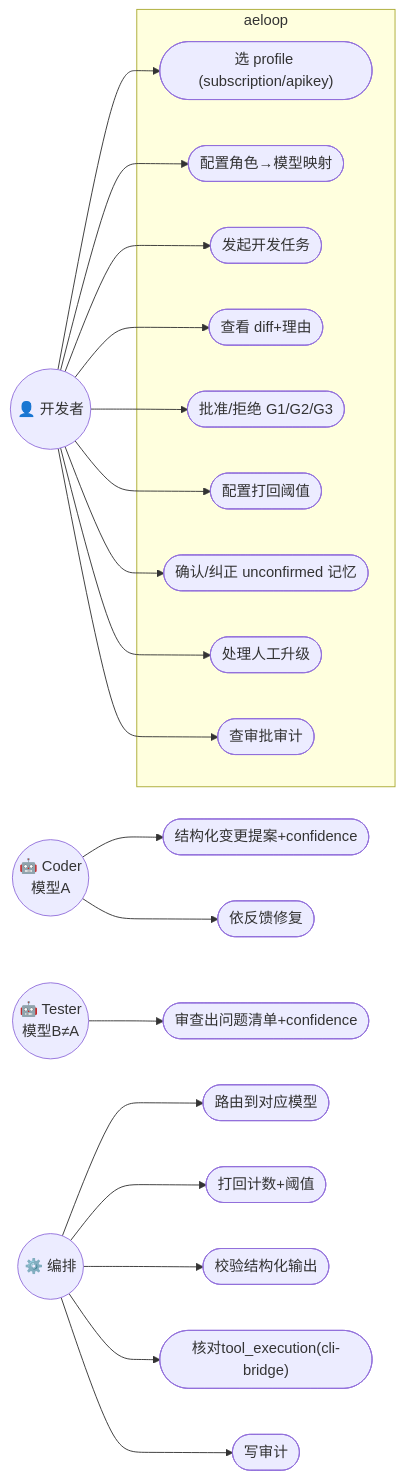
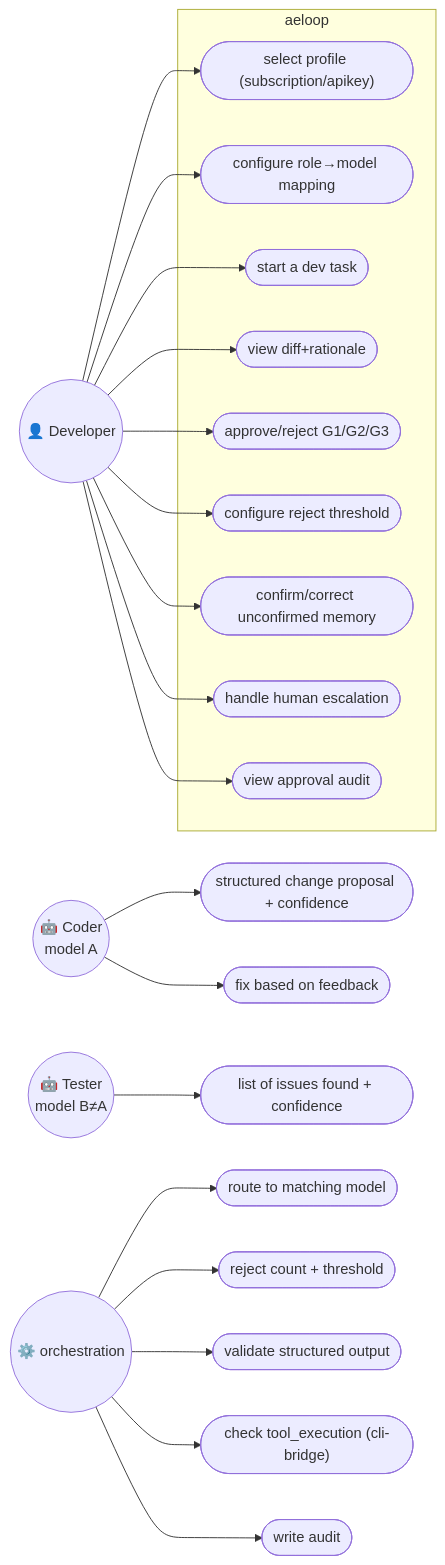
Before and after one commit to elishawong/aeloop: the third of 6 diagrams in docs/DESIGN.md, drawn with Mermaid. The commit also changed other lines of this file and 84 other files, not shown here.

````diff
--- a/docs/DESIGN.md
+++ b/docs/DESIGN.md
@@ -145,21 +145,21 @@
 ```mermaid
 flowchart LR
-    Dev(("👤 开发者"))
+    Dev(("👤 Developer"))
     subgraph SYS["aeloop"]
-        UC1(["选 profile (subscription/apikey)"])
-        UC2(["配置角色→模型映射"])
-        UC3(["发起开发任务"])
-        UC4(["查看 diff+理由"])
-        UC5(["批准/拒绝 G1/G2/G3"])
-        UC6(["配置打回阈值"])
-        UC7(["确认/纠正 unconfirmed 记忆"])
-        UC8(["处理人工升级"])
-        UC9(["查审批审计"])
+        UC1(["select profile (subscription/apikey)"])
+        UC2(["configure role→model mapping"])
+        UC3(["start a dev task"])
+        UC4(["view diff+rationale"])
+        UC5(["approve/reject G1/G2/G3"])
+        UC6(["configure reject threshold"])
+        UC7(["confirm/correct unconfirmed memory"])
+        UC8(["handle human escalation"])
+        UC9(["view approval audit"])
     end
     Dev-->UC1 & UC2 & UC3 & UC4 & UC5 & UC6 & UC7 & UC8 & UC9
-    Coder(("🤖 Coder\n模型A")); Tester(("🤖 Tester\n模型B≠A")); Orc(("⚙️ 编排"))
-    Coder-->UC11(["结构化变更提案+confidence"])
-    Coder-->UC12(["依反馈修复"])
-    Tester-->UC13(["审查出问题清单+confidence"])
-    Orc-->UC15(["路由到对应模型"]) & UC16(["打回计数+阈值"]) & UC17(["校验结构化输出"]) & UC18(["核对tool_execution(cli-bridge)"]) & UC19(["写审计"])
+    Coder(("🤖 Coder\nmodel A")); Tester(("🤖 Tester\nmodel B≠A")); Orc(("⚙️ orchestration"))
+    Coder-->UC11(["structured change proposal + confidence"])
+    Coder-->UC12(["fix based on feedback"])
+    Tester-->UC13(["list of issues found + confidence"])
+    Orc-->UC15(["route to matching model"]) & UC16(["reject count + threshold"]) & UC17(["validate structured output"]) & UC18(["check tool_execution (cli-bridge)"]) & UC19(["write audit"])
 ```
````
